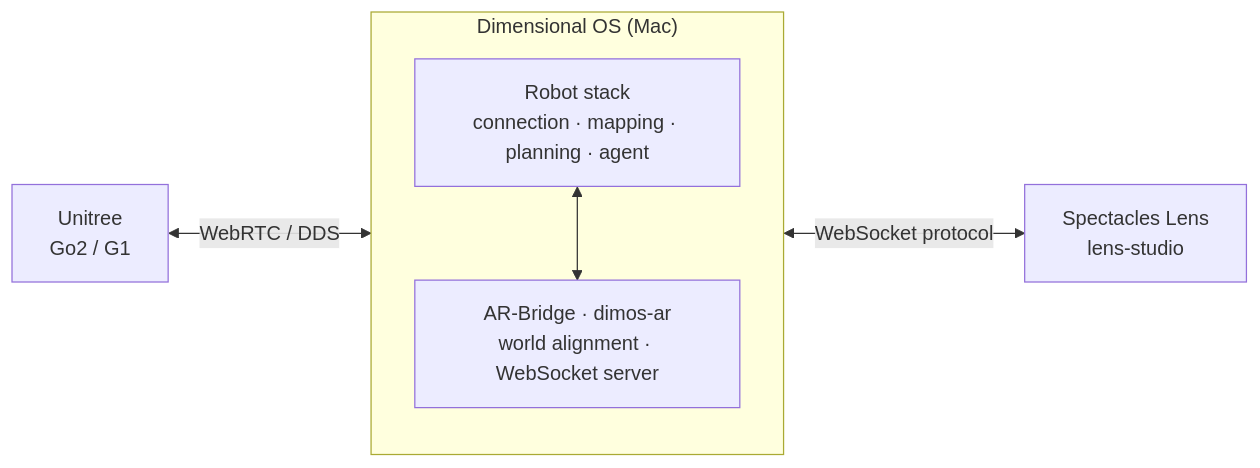
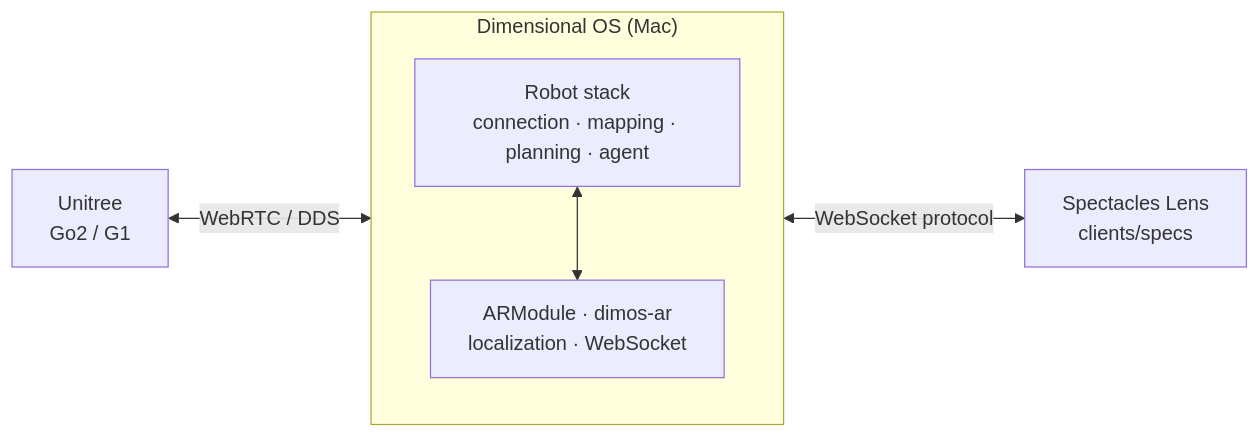
The first of 3 diagrams in README.md (V4C38/spectacles-dimensional-os), drawn with Mermaid before and after one commit. The commit also changed other lines of this file and 242 other files, not shown here.

````diff
--- a/README.md
+++ b/README.md
@@ -172,16 +172,16 @@
 ```mermaid
 flowchart LR
   Robot["Unitree<br>Go2 / G1"]
 
   subgraph DimOS["Dimensional OS (Mac)"]
     direction TB
     Stack["Robot stack<br>connection · mapping · planning · agent"]
-    Bridge["AR-Bridge · dimos-ar<br>world alignment · WebSocket server"]
-    Stack <--> Bridge
+    ARModule["ARModule · dimos-ar<br>localization · WebSocket"]
+    Stack <--> ARModule
   end
 
-  Lens["Spectacles Lens<br>lens-studio"]
+  Lens["Spectacles Lens<br>clients/specs"]
 
   Robot <-->|"WebRTC / DDS"| Stack
-  Bridge <-->|"WebSocket protocol"| Lens
+  ARModule <-->|"WebSocket protocol"| Lens
 ```
````
